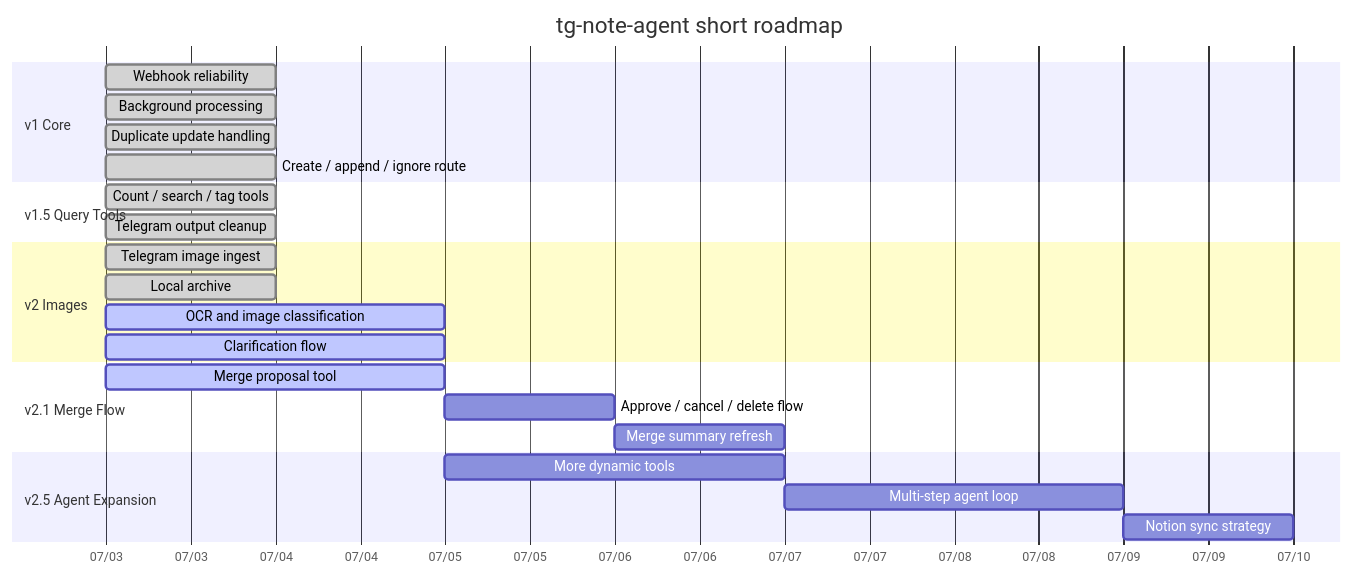
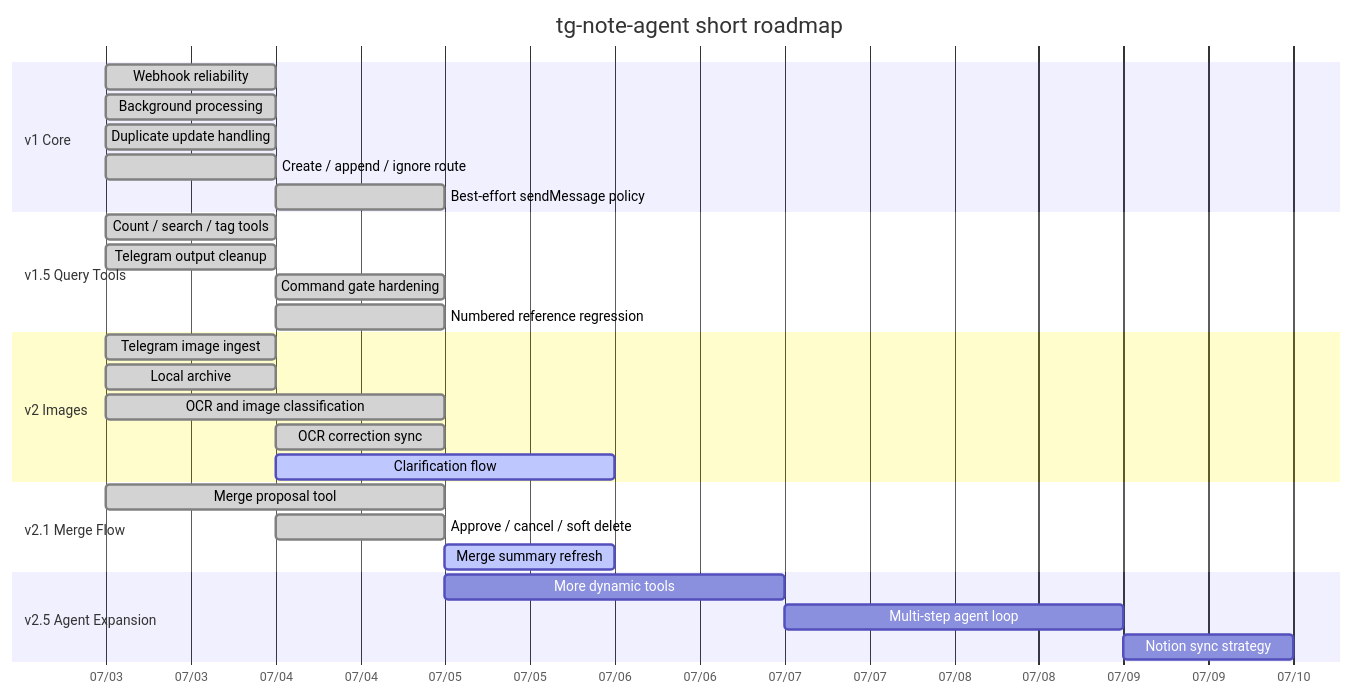
The diagram in docs/ROADMAP.md (Transient-Onlooker/tg-note-agent), drawn with Mermaid before and after one commit. The commit also changed other lines of this file and 18 other files, not shown here.

````diff
--- a/docs/ROADMAP.md
+++ b/docs/ROADMAP.md
@@ -31,32 +33,36 @@
 ```mermaid
 gantt
     title tg-note-agent short roadmap
     dateFormat  YYYY-MM-DD
     axisFormat  %m/%d
 
     section v1 Core
     Webhook reliability             :done, v1a, 2026-07-03, 1d
     Background processing           :done, v1b, 2026-07-03, 1d
     Duplicate update handling       :done, v1c, 2026-07-03, 1d
     Create / append / ignore route  :done, v1d, 2026-07-03, 1d
+    Best-effort sendMessage policy  :done, v1e, 2026-07-04, 1d
 
     section v1.5 Query Tools
     Count / search / tag tools      :done, v15a, 2026-07-03, 1d
     Telegram output cleanup         :done, v15b, 2026-07-03, 1d
+    Command gate hardening          :done, v15c, 2026-07-04, 1d
+    Numbered reference regression   :done, v15d, 2026-07-04, 1d
 
     section v2 Images
     Telegram image ingest           :done, v2a, 2026-07-03, 1d
     Local archive                   :done, v2b, 2026-07-03, 1d
-    OCR and image classification    :active, v2c, 2026-07-03, 2d
-    Clarification flow              :active, v2d, 2026-07-03, 2d
+    OCR and image classification    :done, v2c, 2026-07-03, 2d
+    OCR correction sync             :done, v2d, 2026-07-04, 1d
+    Clarification flow              :active, v2e, 2026-07-04, 2d
 
     section v2.1 Merge Flow
-    Merge proposal tool             :active, v21a, 2026-07-03, 2d
-    Approve / cancel / delete flow  :v21b, after v21a, 1d
-    Merge summary refresh           :v21c, after v21b, 1d
+    Merge proposal tool             :done, v21a, 2026-07-03, 2d
+    Approve / cancel / soft delete  :done, v21b, 2026-07-04, 1d
+    Merge summary refresh           :active, v21c, 2026-07-05, 1d
 
     section v2.5 Agent Expansion
     More dynamic tools              :v25a, 2026-07-05, 2d
     Multi-step agent loop           :v25b, after v25a, 2d
     Notion sync strategy            :v25c, after v25b, 1d
 ```
````
